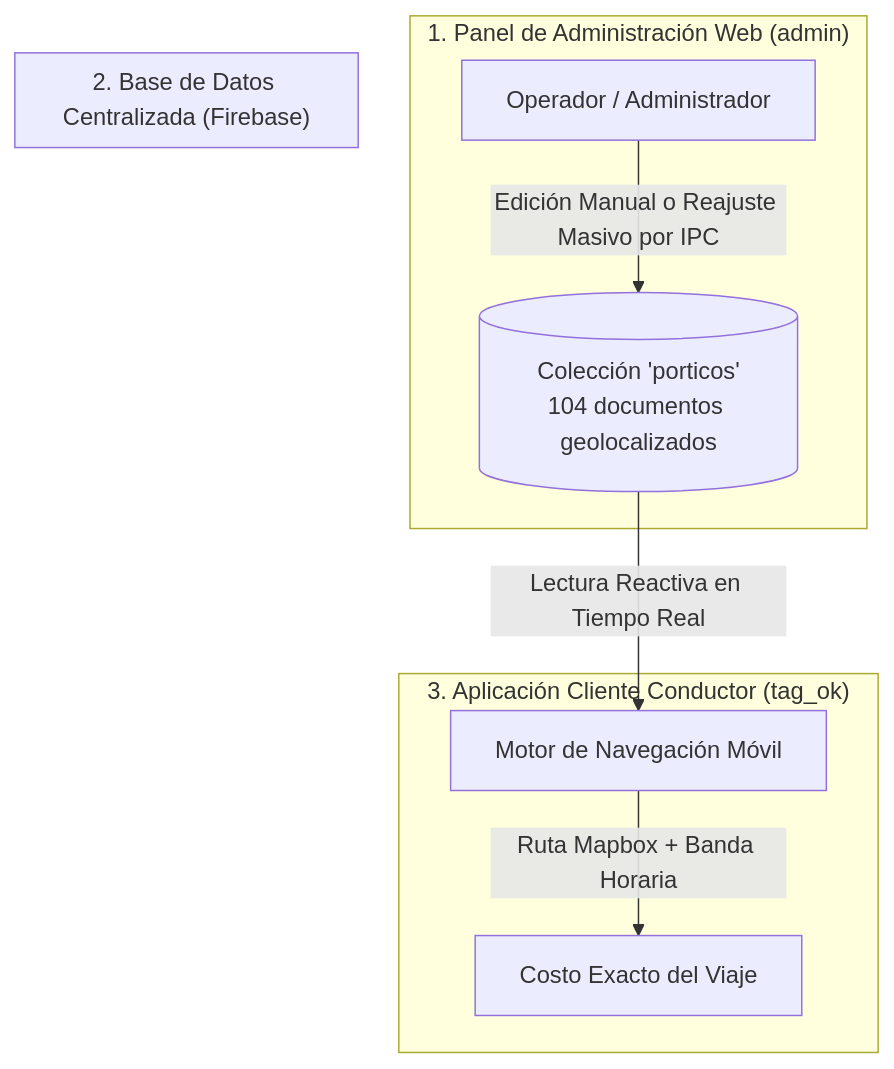
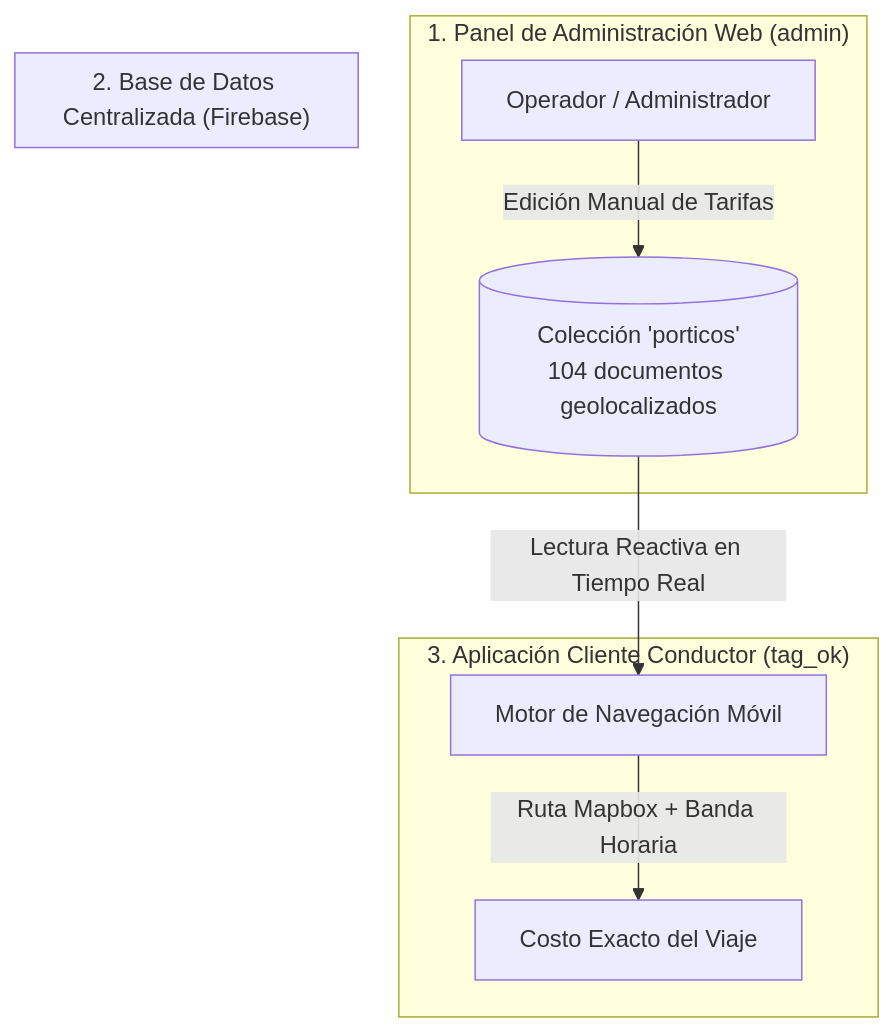
Before and after one commit to JazminHerrera2/CAPSTOM_EC_DM_AC: the diagram in Documentacion/ARQUITECTURA_TARIFAS_Y_ACTUALIZACION.md, drawn with Mermaid. The commit also changed other lines of this file, not shown here.

Commit message:
docs: Update architecture documentation to reflect manual tariff editing only

````diff
--- a/Documentacion/ARQUITECTURA_TARIFAS_Y_ACTUALIZACION.md
+++ b/Documentacion/ARQUITECTURA_TARIFAS_Y_ACTUALIZACION.md
@@ -25,15 +25,15 @@
 ```mermaid
 graph TD
     subgraph Backoffice ["1. Panel de Administración Web (admin)"]
-        A[Operador / Administrador] -->|Edición Manual o Reajuste Masivo por IPC| B[Firestore Database 'porticos']
+        A[Operador / Administrador] -->|Edición Manual de Tarifas| B[Firestore Database 'porticos']
     end
 
     subgraph Database ["2. Base de Datos Centralizada (Firebase)"]
         B[(Colección 'porticos'<br/>104 documentos geolocalizados)]
     end
 
     subgraph App_Movil ["3. Aplicación Cliente Conductor (tag_ok)"]
         B -->|Lectura Reactiva en Tiempo Real| C[Motor de Navegación Móvil]
         C -->|Ruta Mapbox + Banda Horaria| D[Costo Exacto del Viaje]
     end
 ```
````
